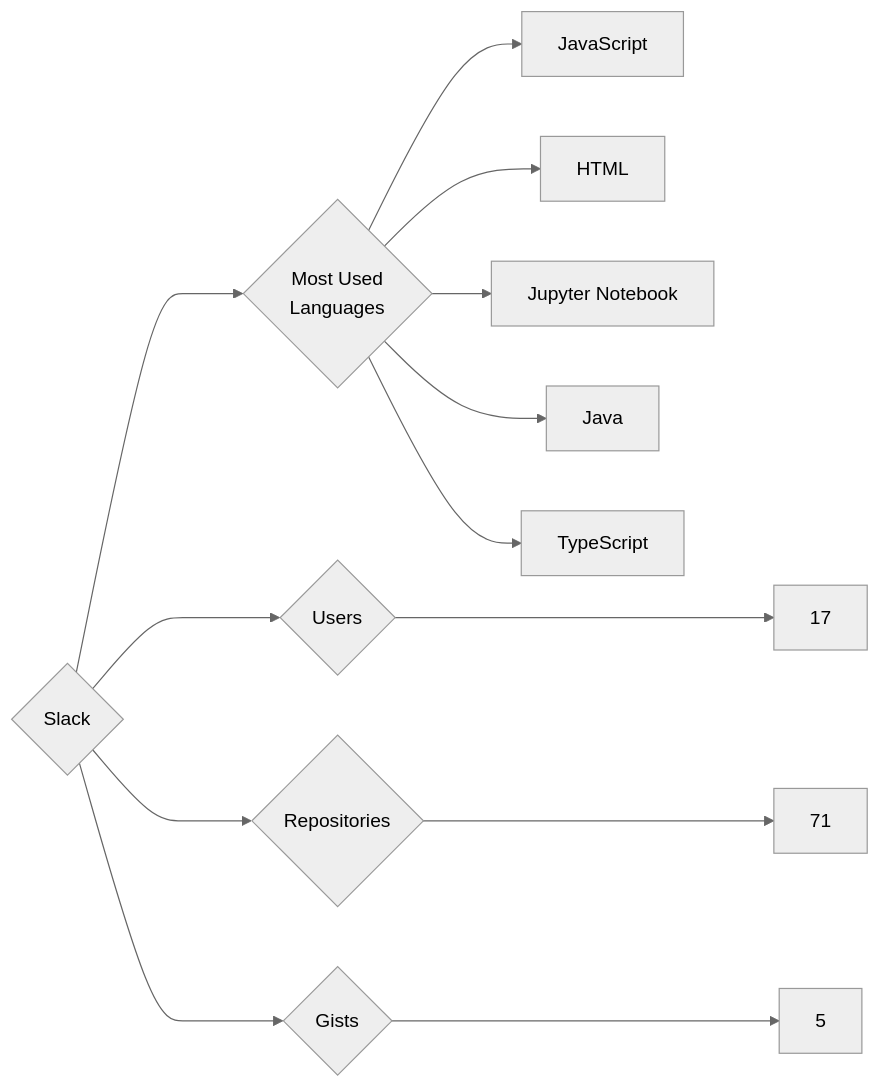
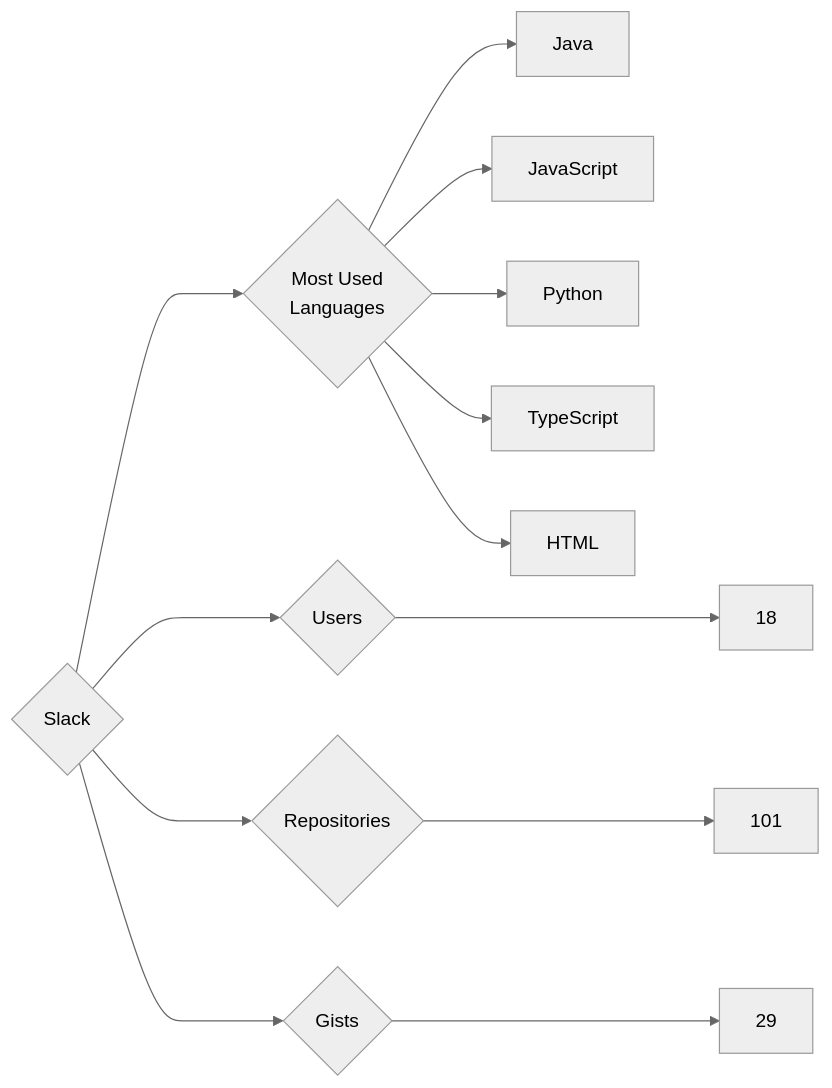
The diagram in targets/Slack/README.md (trickest/insiders), drawn with Mermaid (neutral theme) before and after one commit. The commit also changed 912 other files, not shown here.

````diff
--- a/targets/Slack/README.md
+++ b/targets/Slack/README.md
@@ -3,13 +3,13 @@
 ```mermaid
 graph LR
 COMPANY_NAME{Slack}
-COMPANY_NAME ---> U{Users} ---> UN[17]
-COMPANY_NAME ---> R{Repositories} ---> RN[71]
-COMPANY_NAME ---> G{Gists} ---> GN[5]
+COMPANY_NAME ---> U{Users} ---> UN[18]
+COMPANY_NAME ---> R{Repositories} ---> RN[101]
+COMPANY_NAME ---> G{Gists} ---> GN[29]
 COMPANY_NAME ---> ML{Most Used<br>Languages}
+ML --> Java[Java]
 ML --> JavaScript[JavaScript]
+ML --> Python[Python]
+ML --> TypeScript[TypeScript]
 ML --> HTML[HTML]
-ML --> Jupyter_Notebook[Jupyter Notebook]
-ML --> Java[Java]
-ML --> TypeScript[TypeScript]
 ```
````
